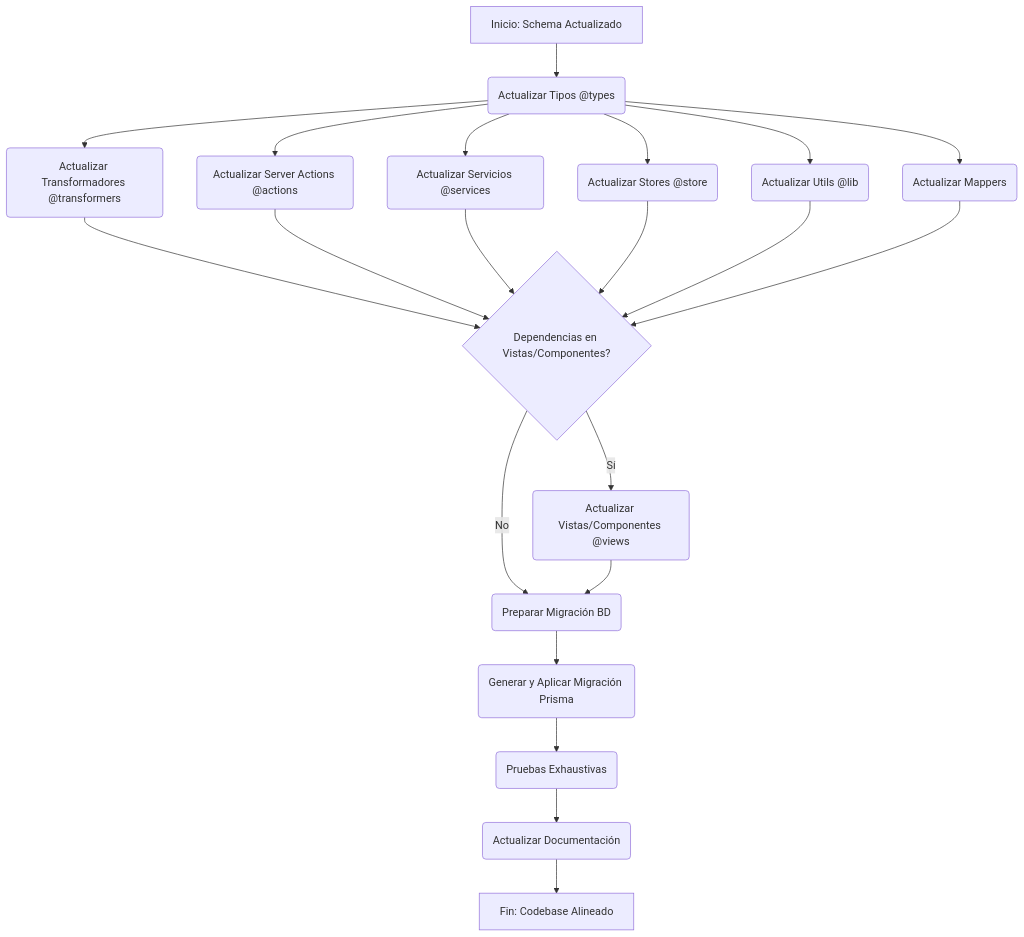
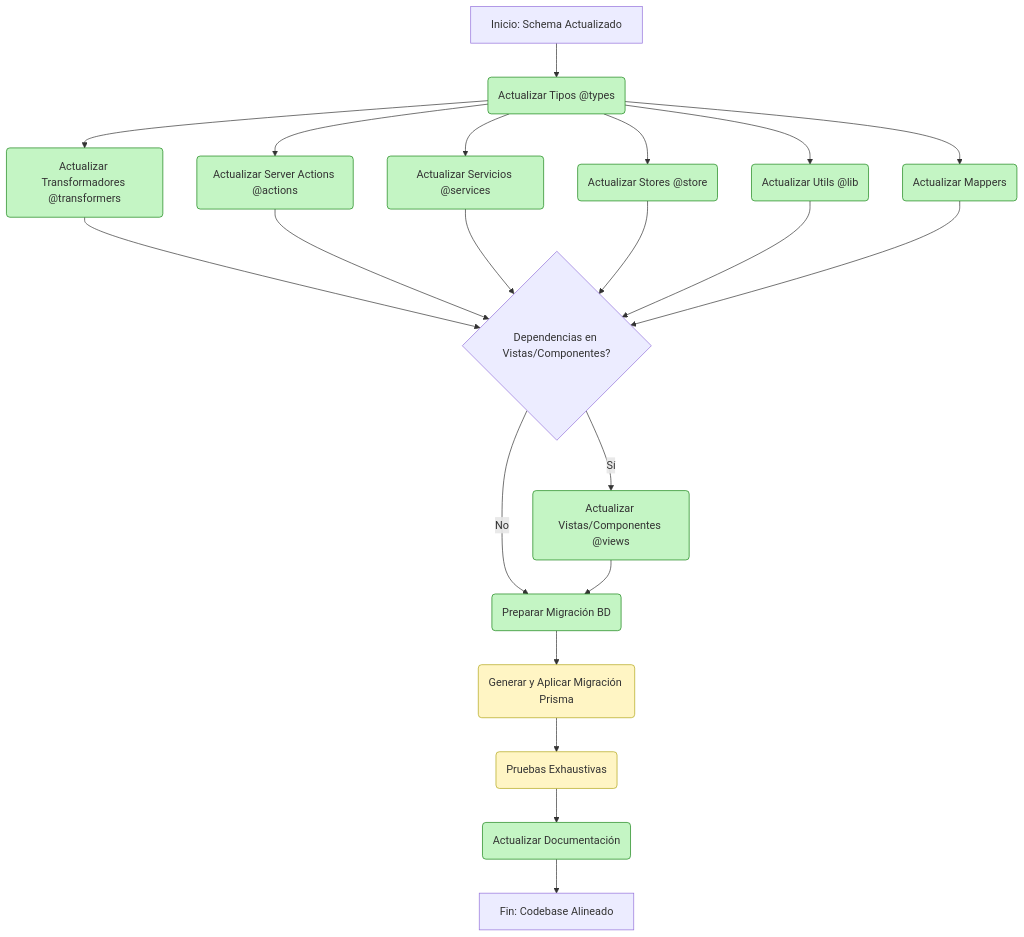
Before and after one commit to gvastethecreator/media-manager: the diagram in src/CURRENT-TASK.md, drawn with Mermaid. The commit also changed other lines of this file and 74 other files, not shown here.

````diff
--- a/src/CURRENT-TASK.md
+++ b/src/CURRENT-TASK.md
@@ -126,28 +101,40 @@
 ```mermaid
 graph TD
     A[Inicio: Schema Actualizado] --> B(Actualizar Tipos @types);
     B --> C(Actualizar Transformadores @transformers);
     B --> D(Actualizar Server Actions @actions);
     B --> E(Actualizar Servicios @services);
     B --> F(Actualizar Stores @store);
     B --> G(Actualizar Utils @lib);
     B --> H(Actualizar Mappers);
 
     C --> I{Dependencias en Vistas/Componentes?};
     D --> I;
     E --> I;
     F --> I;
     G --> I;
     H --> I;
 
     I -- Sí --> J(Actualizar Vistas/Componentes @views);
     I -- No --> K(Preparar Migración BD);
 
     J --> K;
 
     K --> L(Generar y Aplicar Migración Prisma);
     L --> M(Pruebas Exhaustivas);
     M --> N(Actualizar Documentación);
     N --> O[Fin: Codebase Alineado];
 
+    style B fill:#c4f5c4,stroke:#178415;
+    style C fill:#c4f5c4,stroke:#178415;
+    style D fill:#c4f5c4,stroke:#178415;
+    style E fill:#c4f5c4,stroke:#178415;
+    style F fill:#c4f5c4,stroke:#178415;
+    style G fill:#c4f5c4,stroke:#178415;
+    style H fill:#c4f5c4,stroke:#178415;
+    style J fill:#c4f5c4,stroke:#178415;
+    style K fill:#c4f5c4,stroke:#178415;
+    style L fill:#fff5c4,stroke:#b1a618;
+    style M fill:#fff5c4,stroke:#b1a618;
+    style N fill:#c4f5c4,stroke:#178415;
 ```
````
